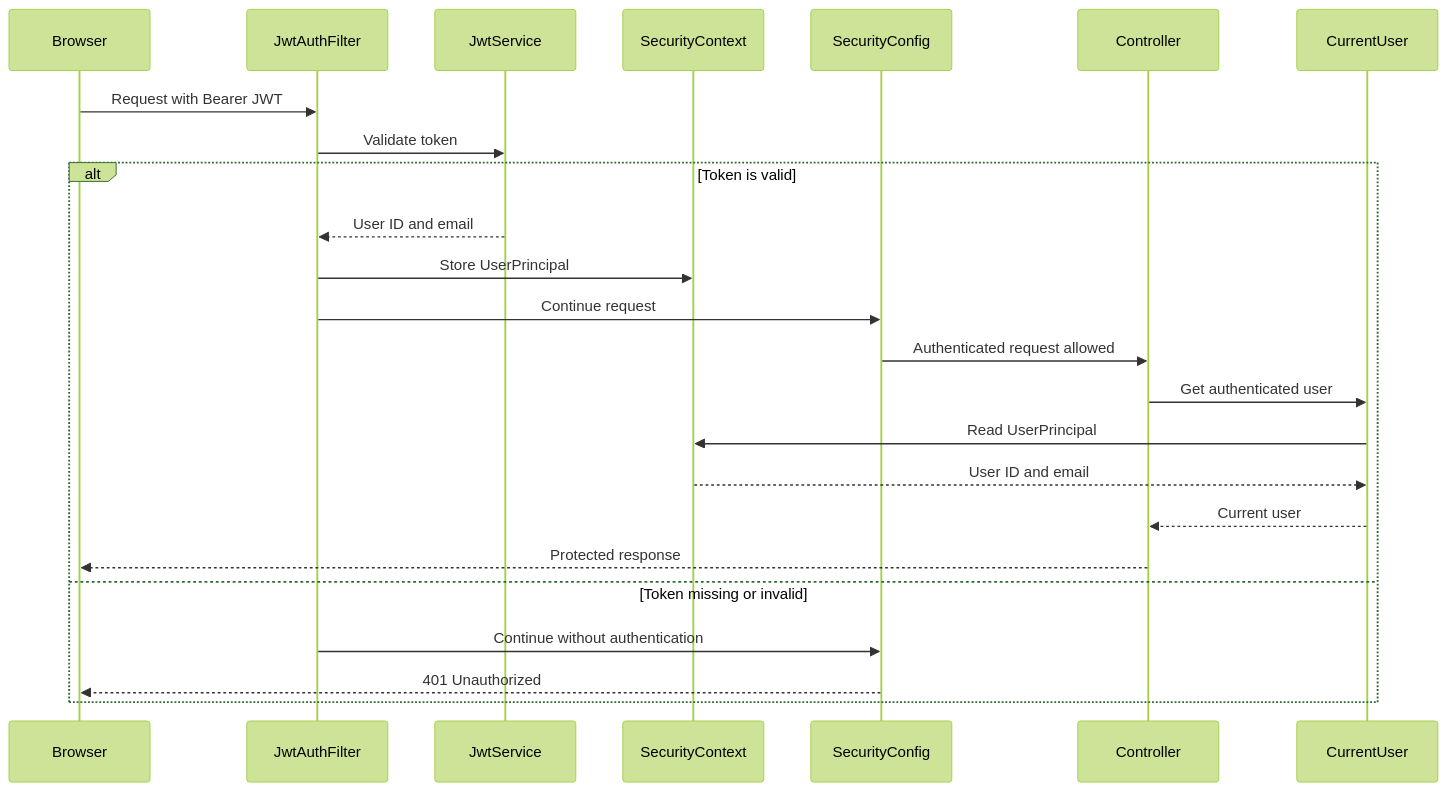
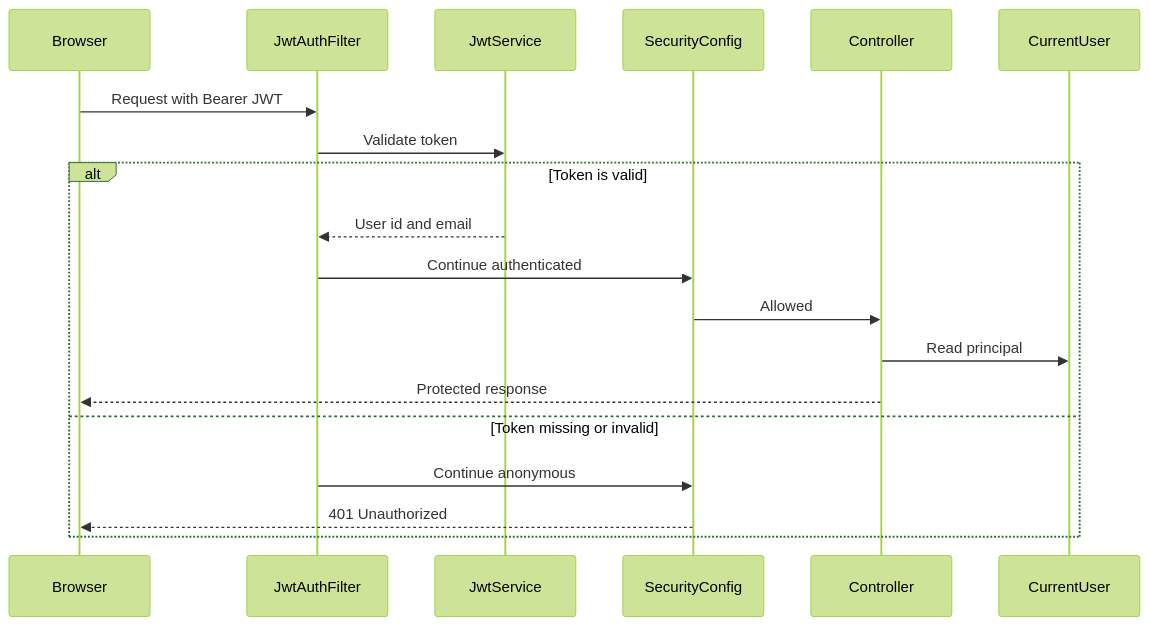
The fourth of 6 diagrams in docs/architecture.md (22simeon14/finance_tracker), drawn with Mermaid (forest theme) before and after one commit. The commit also changed other lines of this file and 1 other file, not shown here.

Commit message:
Update documentation for clarity and accuracy, including changes to the architecture overview, data model section, and SQL migration details. Adjust references to sections and enhance descriptions of the system's functionality and user interactions.

````diff
--- a/docs/architecture.md
+++ b/docs/architecture.md
@@ -310,27 +265,22 @@
 ```mermaid
 sequenceDiagram
     participant Browser
     participant JwtFilter as JwtAuthFilter
     participant JwtService
-    participant SecurityContext
     participant SecurityRules as SecurityConfig
     participant Controller
     participant CurrentUser
 
     Browser->>JwtFilter: Request with Bearer JWT
     JwtFilter->>JwtService: Validate token
     alt Token is valid
-        JwtService-->>JwtFilter: User ID and email
-        JwtFilter->>SecurityContext: Store UserPrincipal
-        JwtFilter->>SecurityRules: Continue request
-        SecurityRules->>Controller: Authenticated request allowed
-        Controller->>CurrentUser: Get authenticated user
-        CurrentUser->>SecurityContext: Read UserPrincipal
-        SecurityContext-->>CurrentUser: User ID and email
-        CurrentUser-->>Controller: Current user
+        JwtService-->>JwtFilter: User id and email
+        JwtFilter->>SecurityRules: Continue authenticated
+        SecurityRules->>Controller: Allowed
+        Controller->>CurrentUser: Read principal
         Controller-->>Browser: Protected response
     else Token missing or invalid
-        JwtFilter->>SecurityRules: Continue without authentication
+        JwtFilter->>SecurityRules: Continue anonymous
         SecurityRules-->>Browser: 401 Unauthorized
     end
 ```
````
